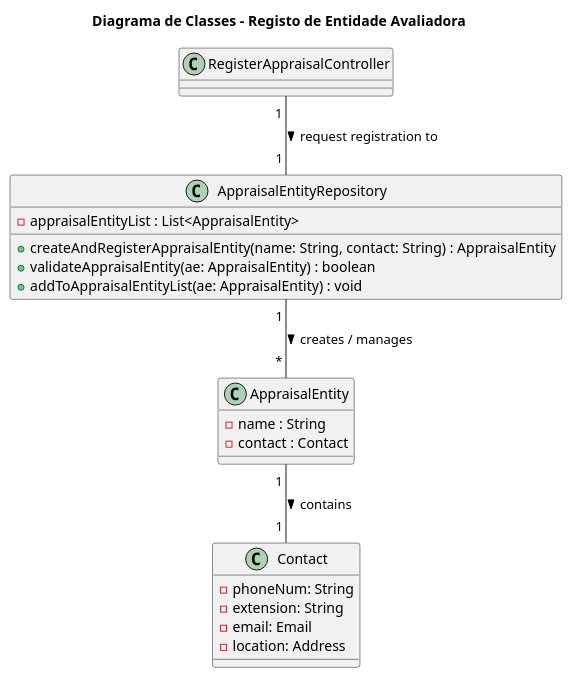
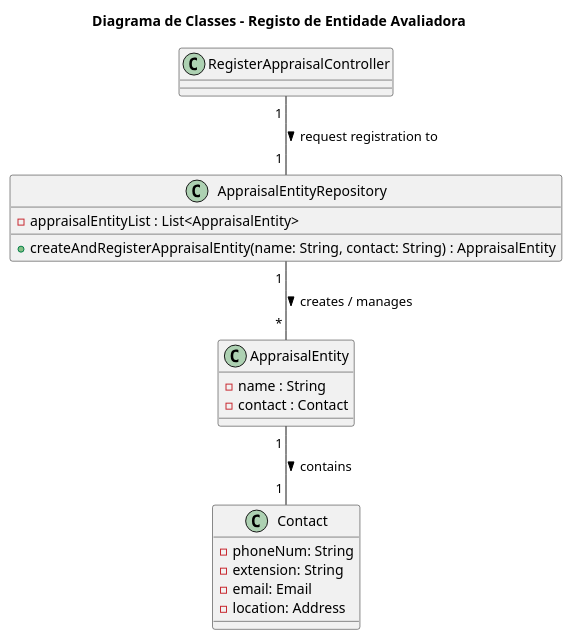
The diagram in Diagrams/ClassDiagrams/US004-to-register-an-appraisal-entity.puml (AndrePereiraGitH/SWitCH-Project-Team_A), drawn with PlantUML before and after one commit. The commit also changed 1 other file, not shown here.

Commit message:
Working on #23 #26, Updating Class Diagrams

```diff
--- a/Diagrams/ClassDiagrams/US004-to-register-an-appraisal-entity.puml
+++ b/Diagrams/ClassDiagrams/US004-to-register-an-appraisal-entity.puml
@@ -1,47 +1,47 @@
 @startuml
 title Diagrama de Classes - Registo de Entidade Avaliadora
 /'
 class Administrator {
   +provideAppraisalEntityData() : void
 }
 
 class UI {
   +requestAppraisalEntityData() : void
   +sendAppraisalEntityData(name: String, contact: String) : void
   +showSuccess() : void
 }
 
 class RegisterAppraisalController {
   +registerAppraisalEntity(name: String, contact: String) : boolean
 }
 '/
 class AppraisalEntityRepository {
   -appraisalEntityList : List<AppraisalEntity>
   +createAndRegisterAppraisalEntity(name: String, contact: String) : AppraisalEntity
 ' Those methods are part of createAndRegisterAppraisalEntity
-  +validateAppraisalEntity(ae: AppraisalEntity) : boolean
-  +addToAppraisalEntityList(ae: AppraisalEntity) : void
+'  +validateAppraisalEntity(ae: AppraisalEntity) : boolean
+'  +addToAppraisalEntityList(ae: AppraisalEntity) : void
 }
 
 class AppraisalEntity {
   -name : String
   -contact : Contact
 }
 
 class Contact {
   -phoneNum: String
   -extension: String
   -email: Email
   -location: Address
 }
 
 ' Interactions
 
 ' Administrator "1" --> "1" UI : interacts
 ' UI "1" --> "1" RegisterAppraisalController : calls
 
 RegisterAppraisalController "1 " -- "1 " AppraisalEntityRepository : request registration to >
 AppraisalEntityRepository "1 " -- " * " AppraisalEntity : creates / manages >
 AppraisalEntity "1 " -- "1 " Contact : contains >
 
 @enduml
```
